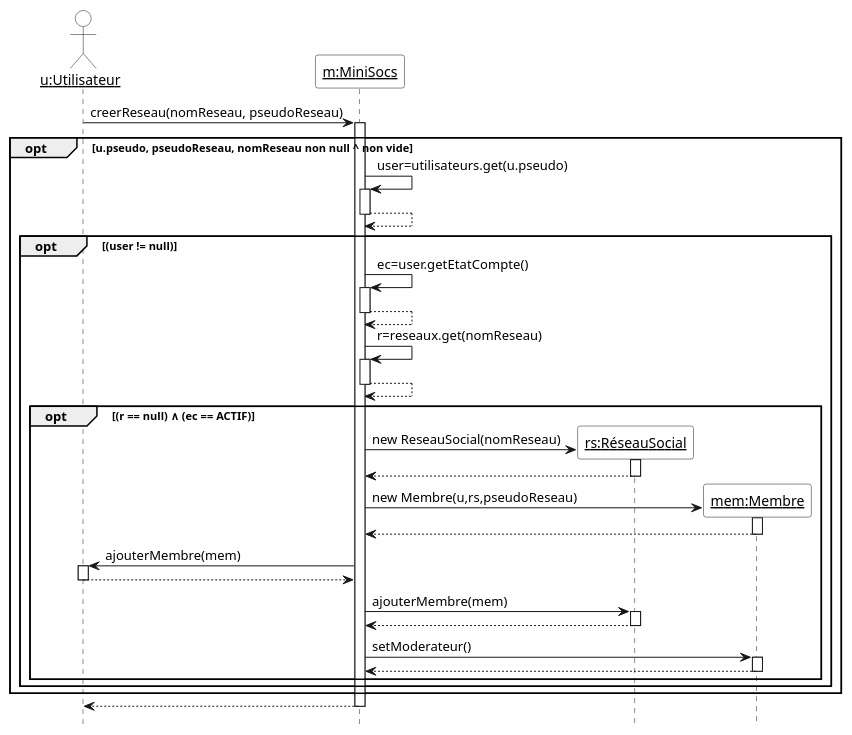
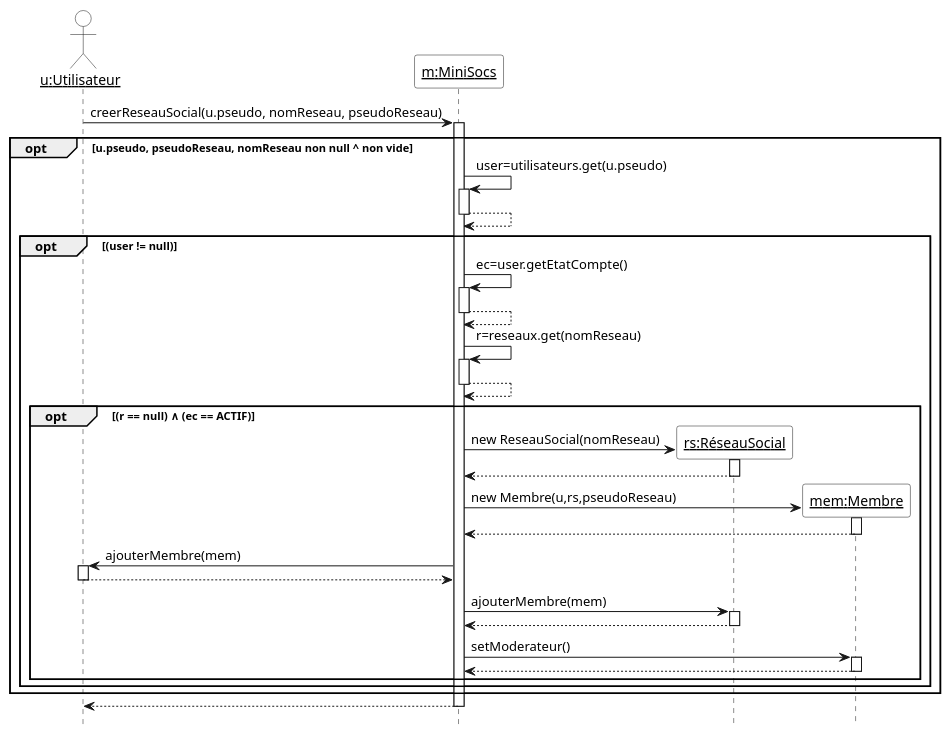
The diagram in Diagrammes/minisocs_uml_diag_seq_creer_reseau.pu (ThELud0/Minisocs), drawn with PlantUML before and after one commit. The commit also changed 13 other files, not shown here.

Commit message:
correction posterMessage() et diagramme sequence posterMessage() et coherence des autres diagrammes

```diff
--- a/Diagrammes/minisocs_uml_diag_seq_creer_reseau.pu
+++ b/Diagrammes/minisocs_uml_diag_seq_creer_reseau.pu
@@ -1,46 +1,46 @@
 @startuml
 
 'Diagramme de séquence (PlantUML)'
 
 'Configuration charte graphique'
 hide footbox
 skinparam sequenceParticipantBackgroundColor White
 skinparam sequenceActorBackgroundColor White
 
 'Déclaration des acteurs et des participants (déjà existants avant la séquence)'
 
 actor "__u:Utilisateur__" as u
 participant "__m:MiniSocs__" as m 
 
 'Séquence avec les messages, les créations de participants, etc.'
 
-u -> m ++ : creerReseau(nomReseau, pseudoReseau)
+u -> m ++ : creerReseauSocial(u.pseudo, nomReseau, pseudoReseau)
 opt u.pseudo, pseudoReseau, nomReseau non null ^ non vide
 m -> m ++ : user=utilisateurs.get(u.pseudo)
 return
 opt (user != null)
 m -> m ++ : ec=user.getEtatCompte()
 return
 m -> m ++ : r=reseaux.get(nomReseau)
 return
 opt (r == null) ∧ (ec == ACTIF)
 create "__rs:RéseauSocial__" as rs
 m -> rs ++ : new ReseauSocial(nomReseau)
 return
 create "__mem:Membre__" as mem
 m -> mem ++ : new Membre(u,rs,pseudoReseau)
 return
 m -> u ++ : ajouterMembre(mem)
 return
 m -> rs ++ : ajouterMembre(mem)
 return
 m -> "__mem:Membre__" as mem ++ : setModerateur()
 return
 
 
 
 end
 end
 end
 return
 @enduml
```
